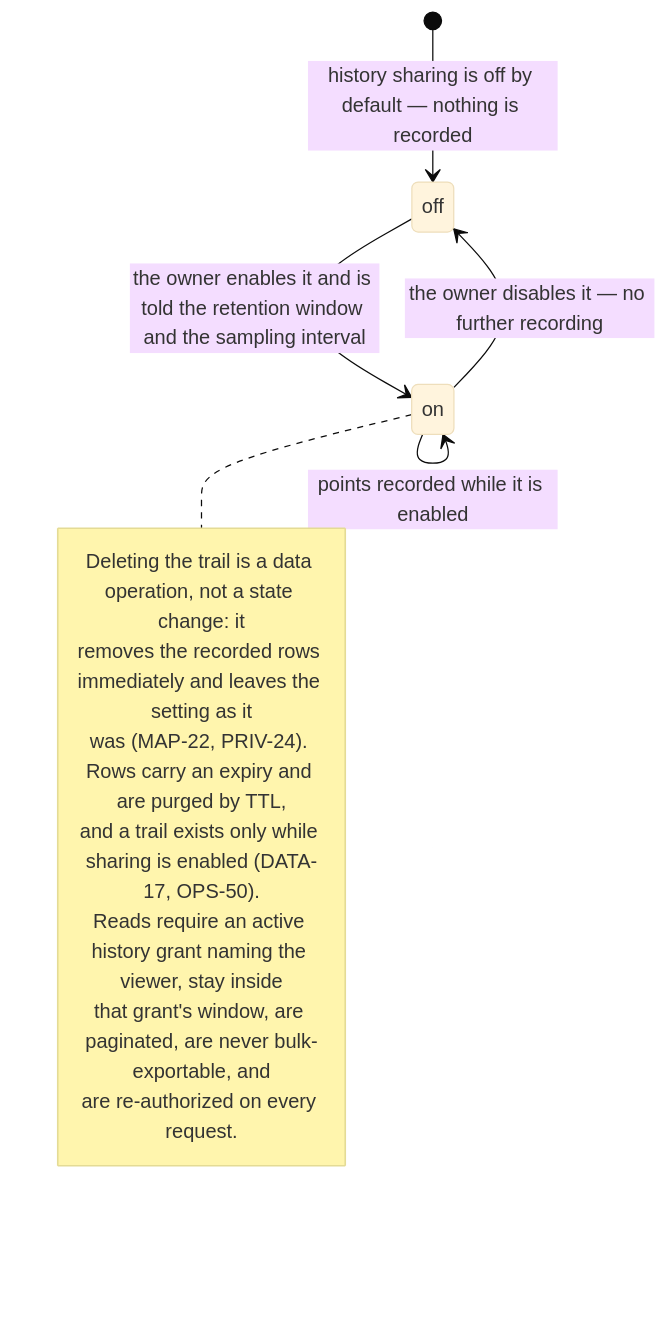
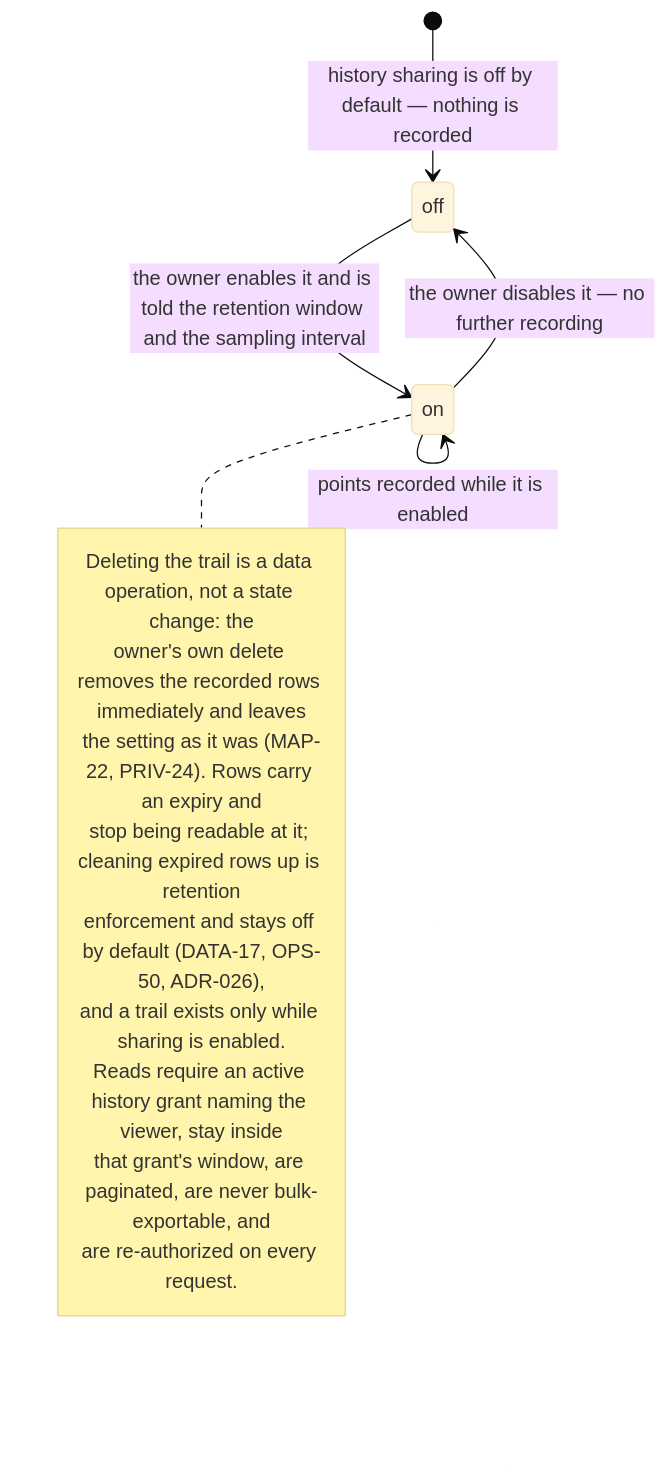
The eighth of 16 diagrams in docs/DIAGRAMS.md (komeilm76/boro_biya), drawn with Mermaid (base theme) before and after one commit. The commit also changed other lines of this file and 13 other files, not shown here.

````diff
--- a/docs/DIAGRAMS.md
+++ b/docs/DIAGRAMS.md
@@ -203,16 +203,18 @@
 ```mermaid
 stateDiagram-v2
   [*] --> off : history sharing is off by default — nothing is recorded
   off --> on : the owner enables it and is told the retention window and the sampling interval
   on --> on : points recorded while it is enabled
   on --> off : the owner disables it — no further recording
   note right of on
-    Deleting the trail is a data operation, not a state change: it
-    removes the recorded rows immediately and leaves the setting as it
-    was (MAP-22, PRIV-24). Rows carry an expiry and are purged by TTL,
-    and a trail exists only while sharing is enabled (DATA-17, OPS-50).
+    Deleting the trail is a data operation, not a state change: the
+    owner's own delete removes the recorded rows immediately and leaves
+    the setting as it was (MAP-22, PRIV-24). Rows carry an expiry and
+    stop being readable at it; cleaning expired rows up is retention
+    enforcement and stays off by default (DATA-17, OPS-50, ADR-026),
+    and a trail exists only while sharing is enabled.
     Reads require an active history grant naming the viewer, stay inside
     that grant's window, are paginated, are never bulk-exportable, and
     are re-authorized on every request.
   end note
 ```
````
